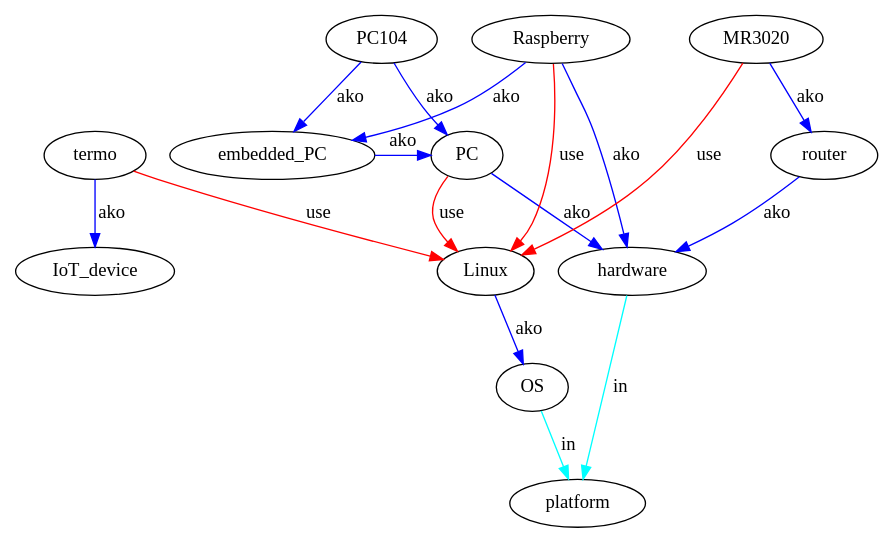
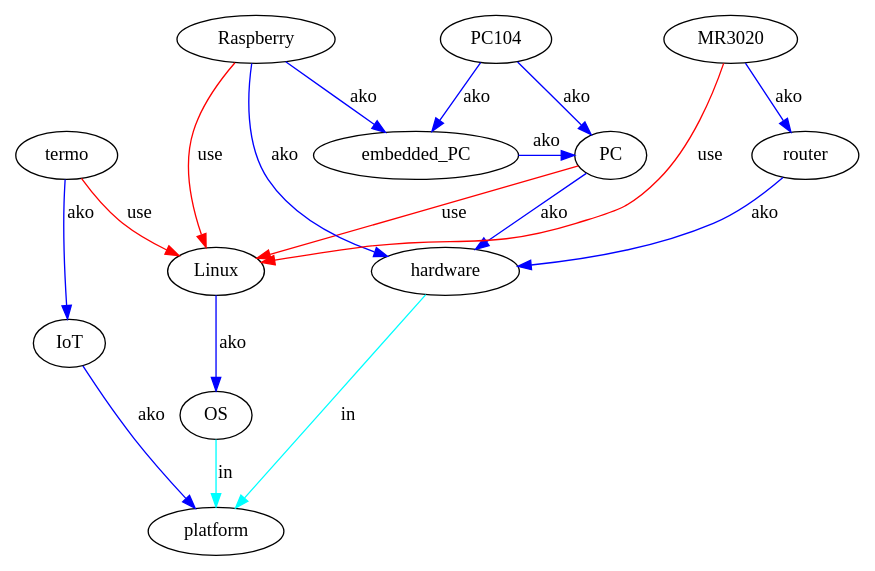
Before and after one commit to ponyatov/icb_termo: the diagram in doc/00.dot, drawn with Graphviz. The commit also changed 1 other file, not shown here.

```diff
--- a/doc/00.dot
+++ b/doc/00.dot
@@ -1,19 +1,19 @@
 digraph {
-termo -> IoT_device [label=ako,color=blue];
+termo -> IoT -> platform [label=ako,color=blue];
 termo -> Linux [label=use,color=red];
 Linux -> OS [label=ako,color=blue];
 PC -> Linux [label=use,color=red];
 Raspberry -> Linux [label=use,color=red];
 MR3020 -> Linux [label=use,color=red];
 PC -> hardware [label=ako,color=blue];
 Raspberry -> hardware [label=ako,color=blue];
 hardware -> platform [label=in,color=cyan];
 OS -> platform [label=in,color=cyan];
 PC104 -> PC [label=ako,color=blue];
 MR3020 -> router -> hardware [label=ako,color=blue];
 PC104 -> embedded_PC [label=ako,color=blue];
 embedded_PC -> PC [label=ako,color=blue];
 Raspberry -> embedded_PC [label=ako,color=blue];
 {rank=same; PC104; Raspberry; MR3020;}
 {rank=same; embedded_PC; PC; router;}
 }
```
